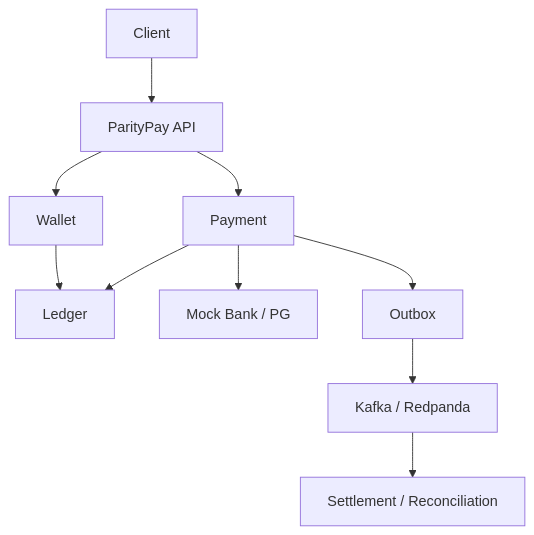
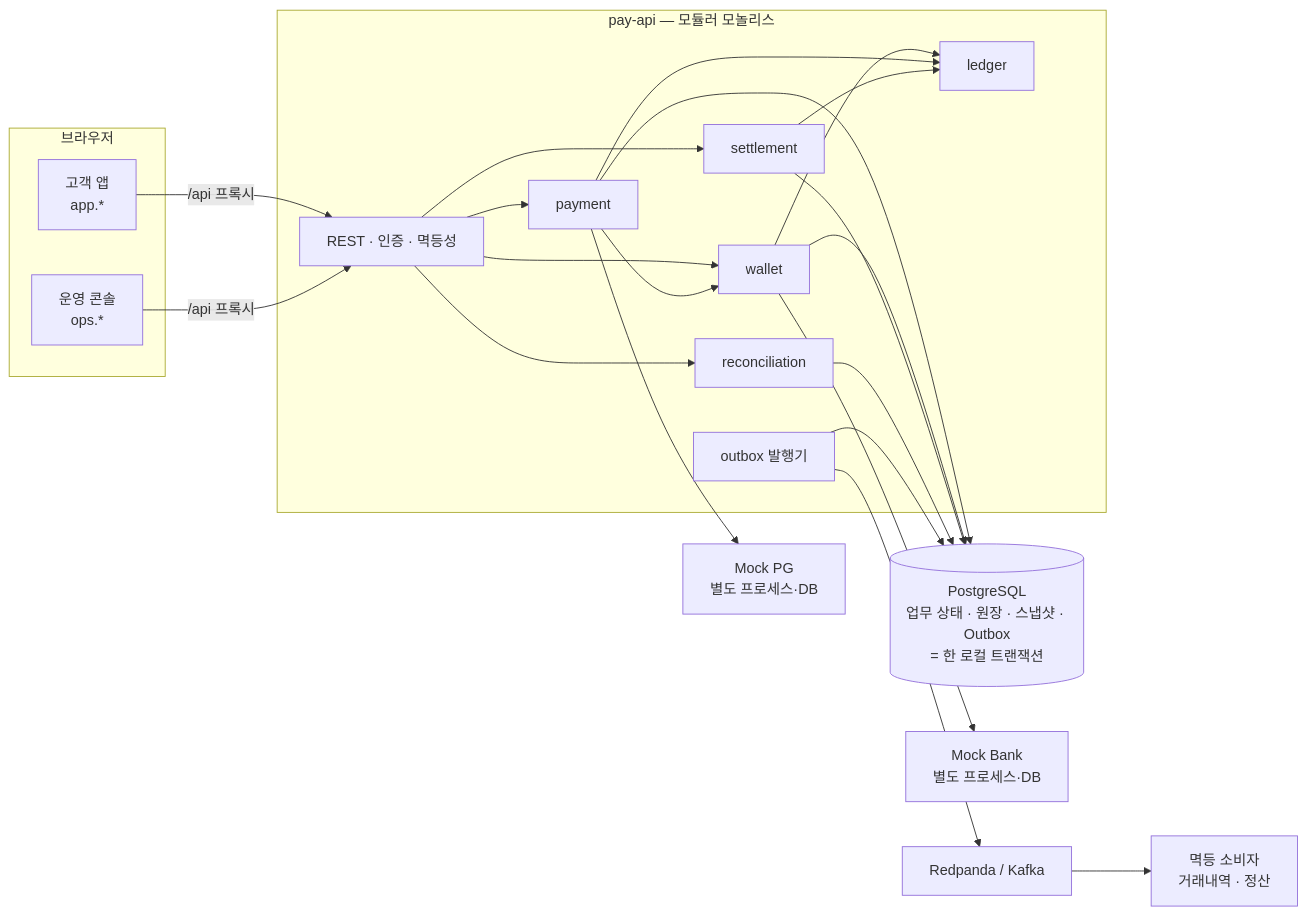
The diagram in README.md (polynomeer/parity-pay), drawn with Mermaid before and after one commit. The commit also changed other lines of this file and 5 other files, not shown here.

````diff
--- a/README.md
+++ b/README.md
@@ -20,12 +96,28 @@
 ```mermaid
-flowchart TD
-    C[Client] --> API[ParityPay API]
-    API --> PAY[Payment]
-    API --> WAL[Wallet]
-    PAY --> LED[Ledger]
-    WAL --> LED
-    PAY --> EXT[Mock Bank / PG]
-    PAY --> OUT[Outbox]
-    OUT --> MQ[Kafka / Redpanda]
-    MQ --> OPS[Settlement / Reconciliation]
+flowchart LR
+    subgraph clients [브라우저]
+        CA[고객 앱<br/>app.*]
+        OA[운영 콘솔<br/>ops.*]
+    end
+    CA -- "/api 프록시" --> API
+    OA -- "/api 프록시" --> API
+    subgraph api [pay-api — 모듈러 모놀리스]
+        API[REST · 인증 · 멱등성]
+        PAY[payment]
+        WAL[wallet]
+        LED[ledger]
+        SET[settlement]
+        REC[reconciliation]
+        OUT[outbox 발행기]
+        API --> PAY & WAL & SET & REC
+        PAY --> WAL --> LED
+        PAY --> LED
+        SET --> LED
+    end
+    PAY & WAL & SET & REC --> DB[("PostgreSQL<br/>업무 상태 · 원장 · 스냅샷 · Outbox<br/>= 한 로컬 트랜잭션")]
+    OUT --> DB
+    OUT --> MQ[Redpanda / Kafka]
+    MQ --> CONS[멱등 소비자<br/>거래내역 · 정산]
+    WAL --> BANK[Mock Bank<br/>별도 프로세스·DB]
+    PAY --> PG[Mock PG<br/>별도 프로세스·DB]
 ```
````
